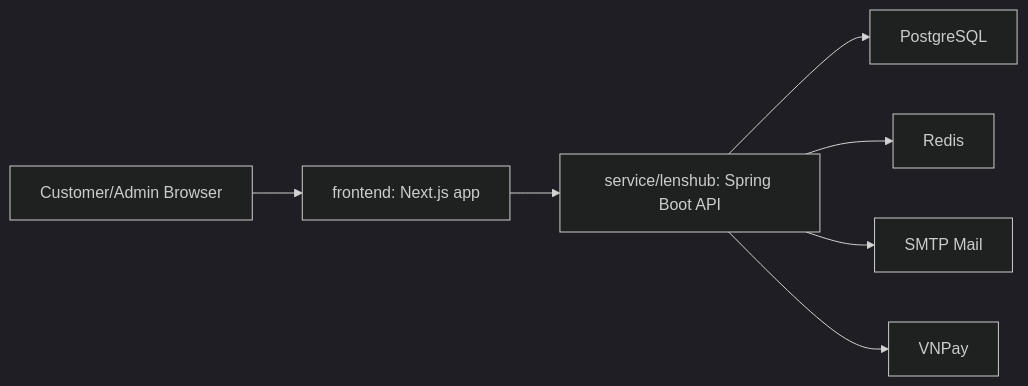
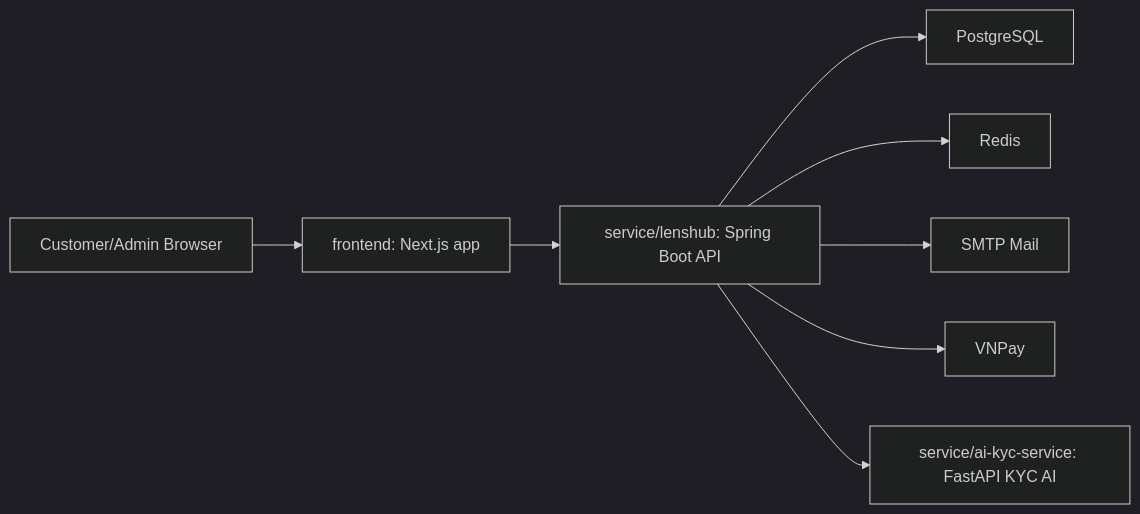
The first of 4 diagrams in docs/system-architecture.md (ZzZueszZ/digital-rental), drawn with Mermaid (dark theme) before and after one commit. The commit also changed other lines of this file and 43 other files, not shown here.

````diff
--- a/docs/system-architecture.md
+++ b/docs/system-architecture.md
@@ -12,9 +12,10 @@
 ```mermaid
 flowchart LR
   Customer["Customer/Admin Browser"] --> Next["frontend: Next.js app"]
   Next --> API["service/lenshub: Spring Boot API"]
   API --> PG["PostgreSQL"]
   API --> Redis["Redis"]
   API --> Mail["SMTP Mail"]
   API --> VNPay["VNPay"]
+  API --> AIKYC["service/ai-kyc-service: FastAPI KYC AI"]
 ```
````
